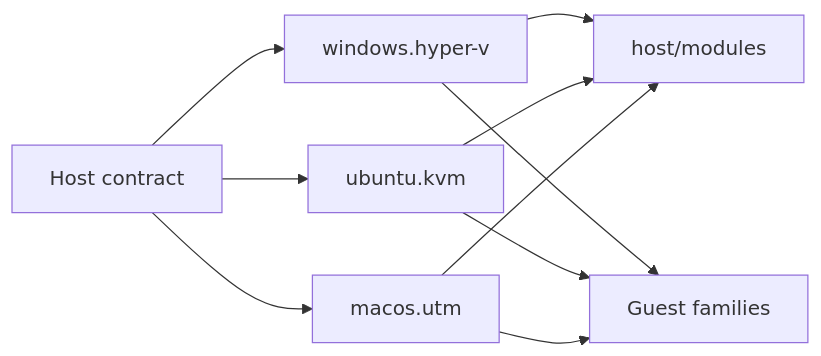
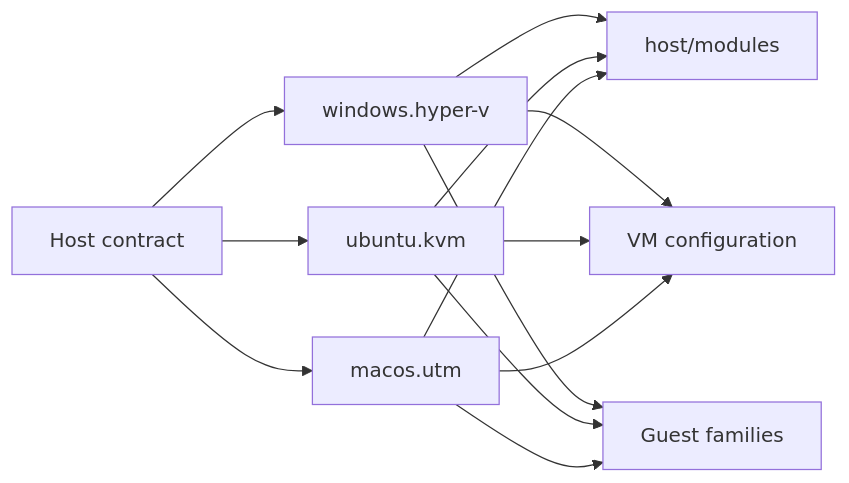
One commit to alissonsol/yuruna changed the fourth of 7 diagrams in docs/design/02-component-breakdown.md. Above: the diagram before and after it, drawn with Mermaid. The commit also changed other lines of this file and 1371 other files, not shown here.

````diff
--- a/docs/design/02-component-breakdown.md
+++ b/docs/design/02-component-breakdown.md
@@ -135,18 +149,22 @@
 ```mermaid
 flowchart LR
     yuruna-host-contract-psm1["Host contract"]
     windows-hyper-v["windows.hyper-v"]
     ubuntu-kvm["ubuntu.kvm"]
     macos-utm["macos.utm"]
     host-modules["host/modules"]
+    host-vmconfig["VM configuration"]
     guest["Guest families"]
     yuruna-host-contract-psm1 --> windows-hyper-v
     yuruna-host-contract-psm1 --> ubuntu-kvm
     yuruna-host-contract-psm1 --> macos-utm
     windows-hyper-v --> host-modules
     ubuntu-kvm --> host-modules
     macos-utm --> host-modules
+    windows-hyper-v --> host-vmconfig
+    ubuntu-kvm --> host-vmconfig
+    macos-utm --> host-vmconfig
     windows-hyper-v --> guest
     ubuntu-kvm --> guest
     macos-utm --> guest
 ```
````
